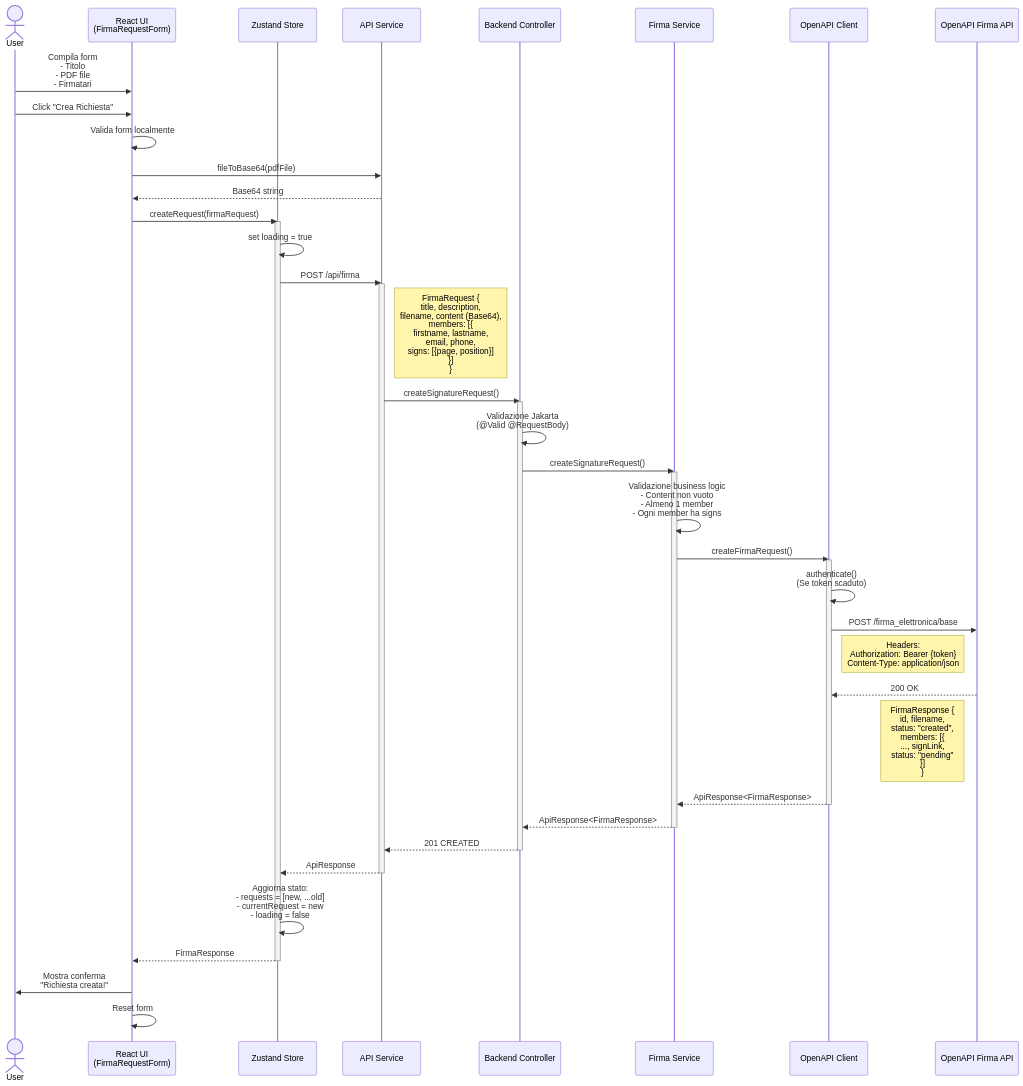
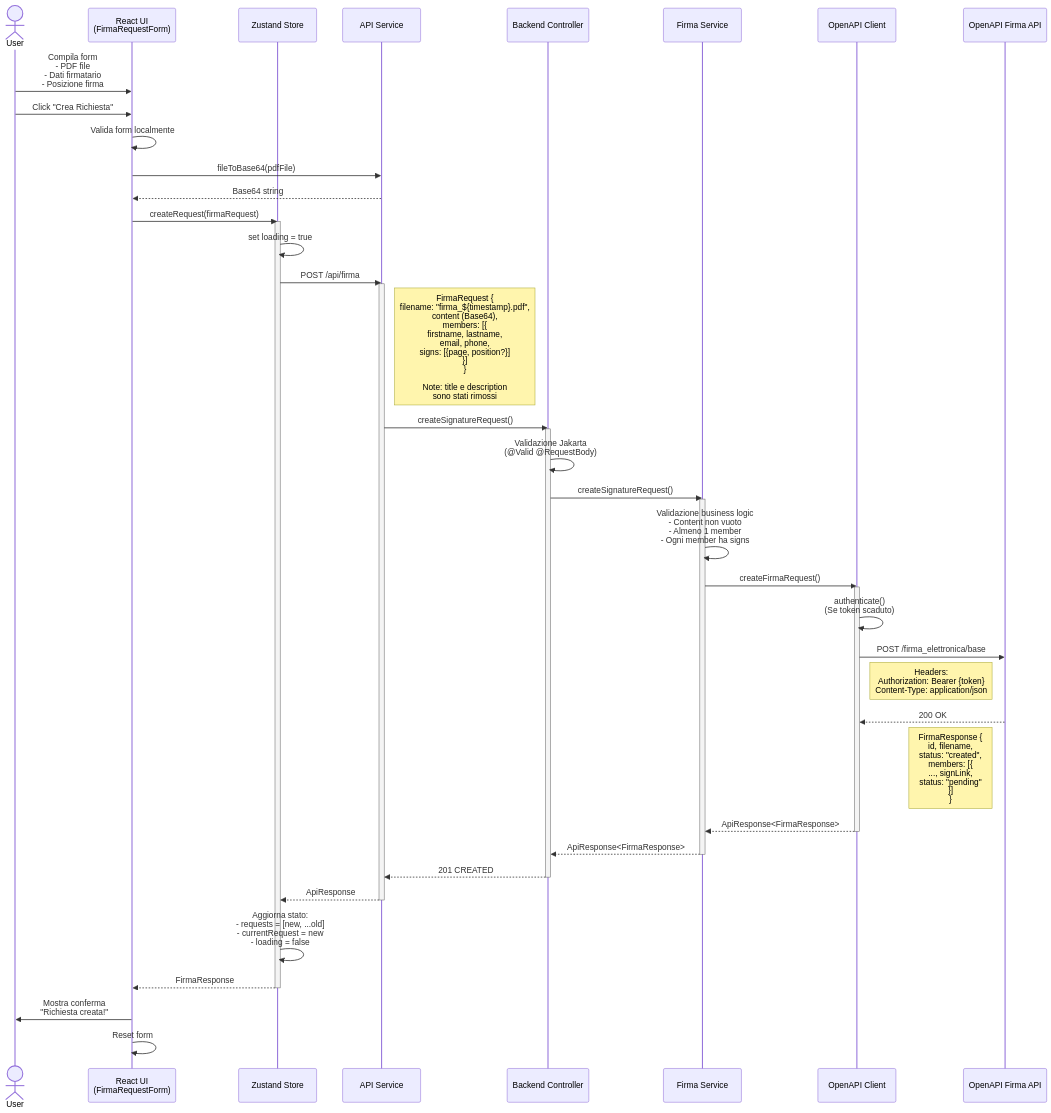
Before and after one commit to albertomeleleo/poc-openapi-firmadigitale: the third of 11 diagrams in docs/SIGNATURE_FLOW.md, drawn with Mermaid. The commit also changed other lines of this file and 6 other files, not shown here.

````diff
--- a/docs/SIGNATURE_FLOW.md
+++ b/docs/SIGNATURE_FLOW.md
@@ -141,59 +141,59 @@
 ```mermaid
 sequenceDiagram
     actor User
     participant UI as React UI<br/>(FirmaRequestForm)
     participant Store as Zustand Store
     participant API as API Service
     participant Controller as Backend Controller
     participant Service as Firma Service
     participant Client as OpenAPI Client
     participant OpenAPI as OpenAPI Firma API
 
-    User->>UI: Compila form<br/>- Titolo<br/>- PDF file<br/>- Firmatari
+    User->>UI: Compila form<br/>- PDF file<br/>- Dati firmatario<br/>- Posizione firma
     User->>UI: Click "Crea Richiesta"
 
     UI->>UI: Valida form localmente
     UI->>API: fileToBase64(pdfFile)
     API-->>UI: Base64 string
 
     UI->>Store: createRequest(firmaRequest)
     activate Store
     Store->>Store: set loading = true
 
     Store->>API: POST /api/firma
     activate API
-    Note right of API: FirmaRequest {<br/>  title, description,<br/>  filename, content (Base64),<br/>  members: [{<br/>    firstname, lastname,<br/>    email, phone,<br/>    signs: [{page, position}]<br/>  }]<br/>}
+    Note right of API: FirmaRequest {<br/>  filename: "firma_${timestamp}.pdf",<br/>  content (Base64),<br/>  members: [{<br/>    firstname, lastname,<br/>    email, phone,<br/>    signs: [{page, position?}]<br/>  }]<br/>}<br/><br/>Note: title e description<br/>sono stati rimossi
 
     API->>Controller: createSignatureRequest()
     activate Controller
     Controller->>Controller: Validazione Jakarta<br/>(@Valid @RequestBody)
 
     Controller->>Service: createSignatureRequest()
     activate Service
     Service->>Service: Validazione business logic<br/>- Content non vuoto<br/>- Almeno 1 member<br/>- Ogni member ha signs
 
     Service->>Client: createFirmaRequest()
     activate Client
     Client->>Client: authenticate()<br/>(Se token scaduto)
     Client->>OpenAPI: POST /firma_elettronica/base
     Note right of Client: Headers:<br/>  Authorization: Bearer {token}<br/>  Content-Type: application/json
 
     OpenAPI-->>Client: 200 OK
     Note left of OpenAPI: FirmaResponse {<br/>  id, filename,<br/>  status: "created",<br/>  members: [{<br/>    ..., signLink,<br/>    status: "pending"<br/>  }]<br/>}
 
     Client-->>Service: ApiResponse<FirmaResponse>
     deactivate Client
     Service-->>Controller: ApiResponse<FirmaResponse>
     deactivate Service
     Controller-->>API: 201 CREATED
     deactivate Controller
     API-->>Store: ApiResponse
     deactivate API
 
     Store->>Store: Aggiorna stato:<br/>- requests = [new, ...old]<br/>- currentRequest = new<br/>- loading = false
 
     Store-->>UI: FirmaResponse
     deactivate Store
     UI->>User: Mostra conferma<br/>"Richiesta creata!"
     UI->>UI: Reset form
 ```
````
